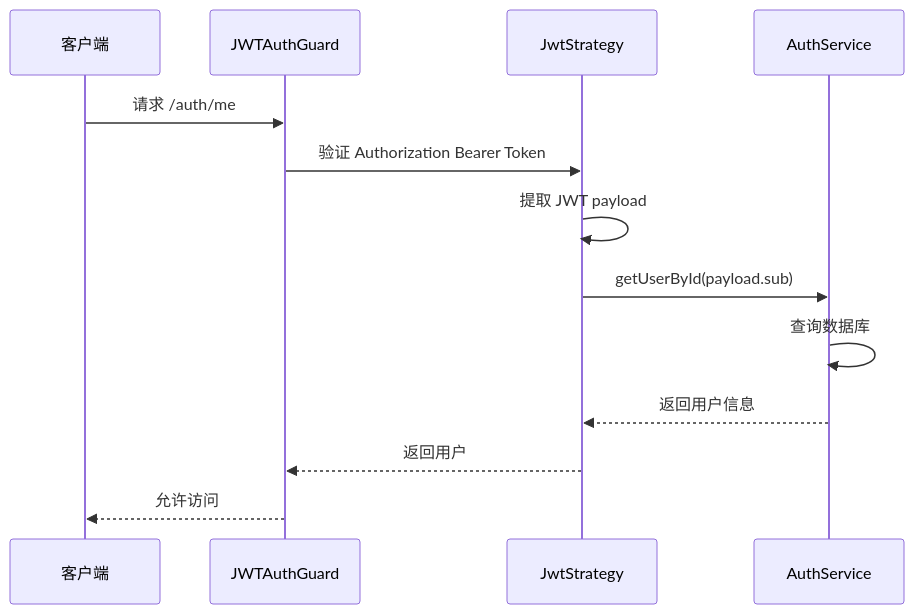
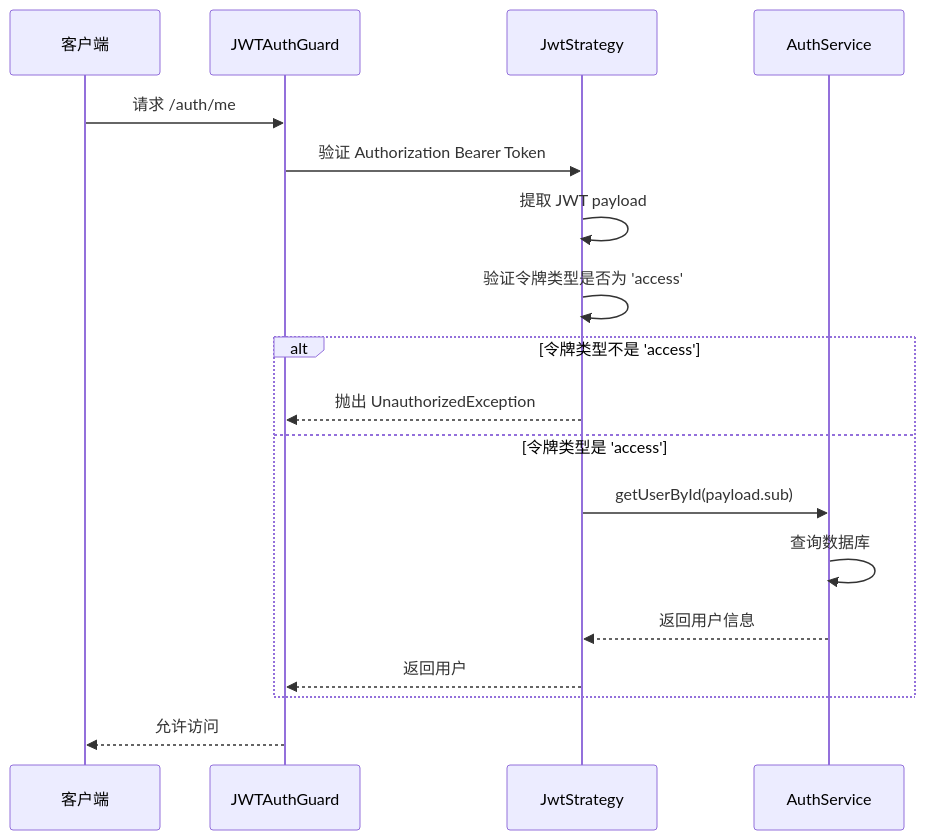
One commit to xixixiaoyu/vue3-nest-template changed the third of 5 diagrams in .qoder/repowiki/zh/content/API 参考/RESTful API/认证 API.md. Above: the diagram before and after it, drawn with Mermaid. The commit also changed other lines of this file and 5 other files, not shown here.

````diff
--- a/.qoder/repowiki/zh/content/API 参考/RESTful API/认证 API.md
+++ b/.qoder/repowiki/zh/content/API 参考/RESTful API/认证 API.md
@@ -117,15 +140,20 @@
 ```mermaid
 sequenceDiagram
 participant Client as 客户端
 participant Guard as JWTAuthGuard
 participant Strategy as JwtStrategy
 participant Service as AuthService
 Client->>Guard : 请求 /auth/me
 Guard->>Strategy : 验证 Authorization Bearer Token
 Strategy->>Strategy : 提取 JWT payload
+Strategy->>Strategy : 验证令牌类型是否为 'access'
+alt 令牌类型不是 'access'
+Strategy-->>Guard : 抛出 UnauthorizedException
+else 令牌类型是 'access'
 Strategy->>Service : getUserById(payload.sub)
 Service->>Service : 查询数据库
 Service-->>Strategy : 返回用户信息
 Strategy-->>Guard : 返回用户
+end
 Guard-->>Client : 允许访问
 ```
````
